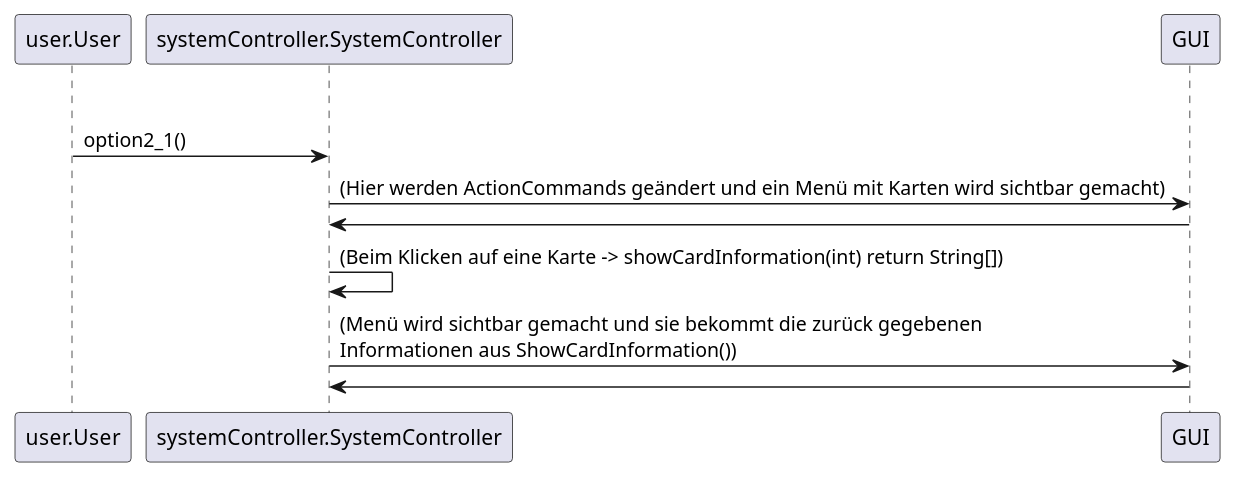
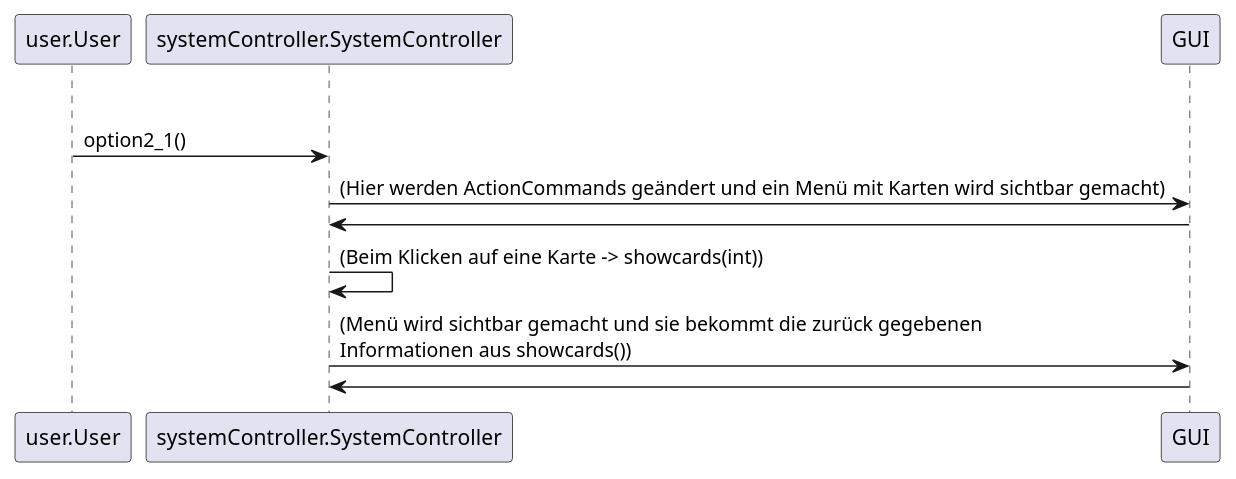
One commit to teach404W/Verwaltungssoftware_Team_2 changed the second of 4 diagrams in Docs/Pflichtenheft/Diagramme/Seque.iuml. Above: the diagram before and after it, drawn with PlantUML. The commit also changed other lines of this file and 12 other files, not shown here.

```diff
--- a/Docs/Pflichtenheft/Diagramme/Seque.iuml
+++ b/Docs/Pflichtenheft/Diagramme/Seque.iuml
@@ -79,9 +79,9 @@
 @startuml 
 group Meine Karten [Meine Karten]
        user.User -> "systemController.SystemController" : option2_1()
         systemController.SystemController -> GUI : (Hier werden ActionCommands geändert und ein Menü mit Karten wird sichtbar gemacht)
         GUI -> systemController.SystemController : 
-        systemController.SystemController -> systemController.SystemController : (Beim Klicken auf eine Karte -> showCardInformation(int) return String[])
-        systemController.SystemController -> GUI :  (Menü wird sichtbar gemacht und sie bekommt die zurück gegebenen\nInformationen aus ShowCardInformation())
+        systemController.SystemController -> systemController.SystemController : (Beim Klicken auf eine Karte -> showcards(int))
+        systemController.SystemController -> GUI :  (Menü wird sichtbar gemacht und sie bekommt die zurück gegebenen\nInformationen aus showcards())
         GUI -> systemController.SystemController :  
 @enduml
```
